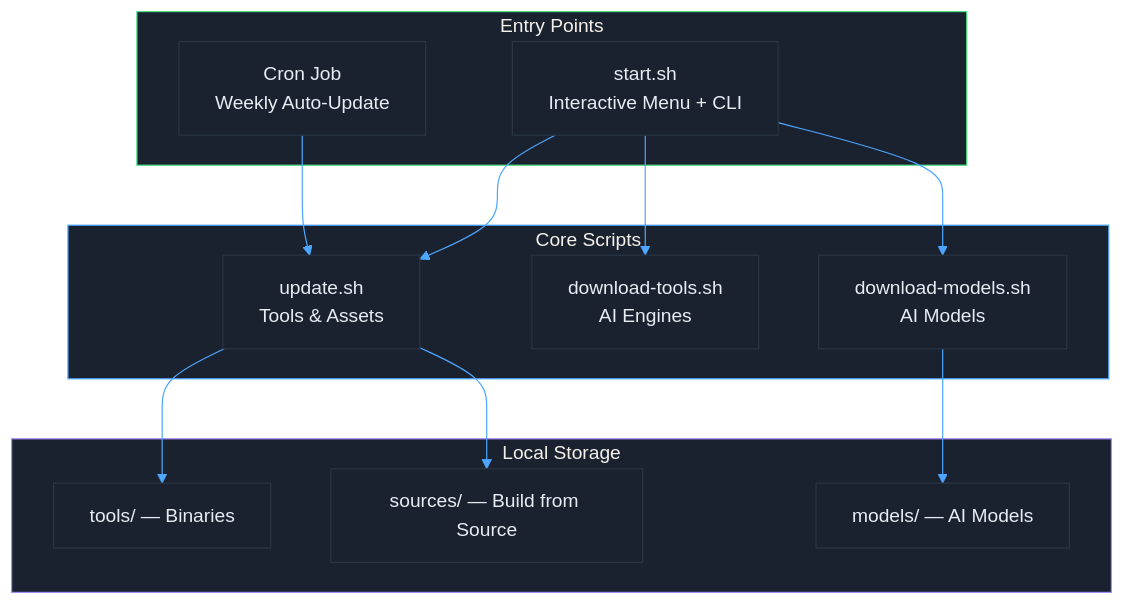
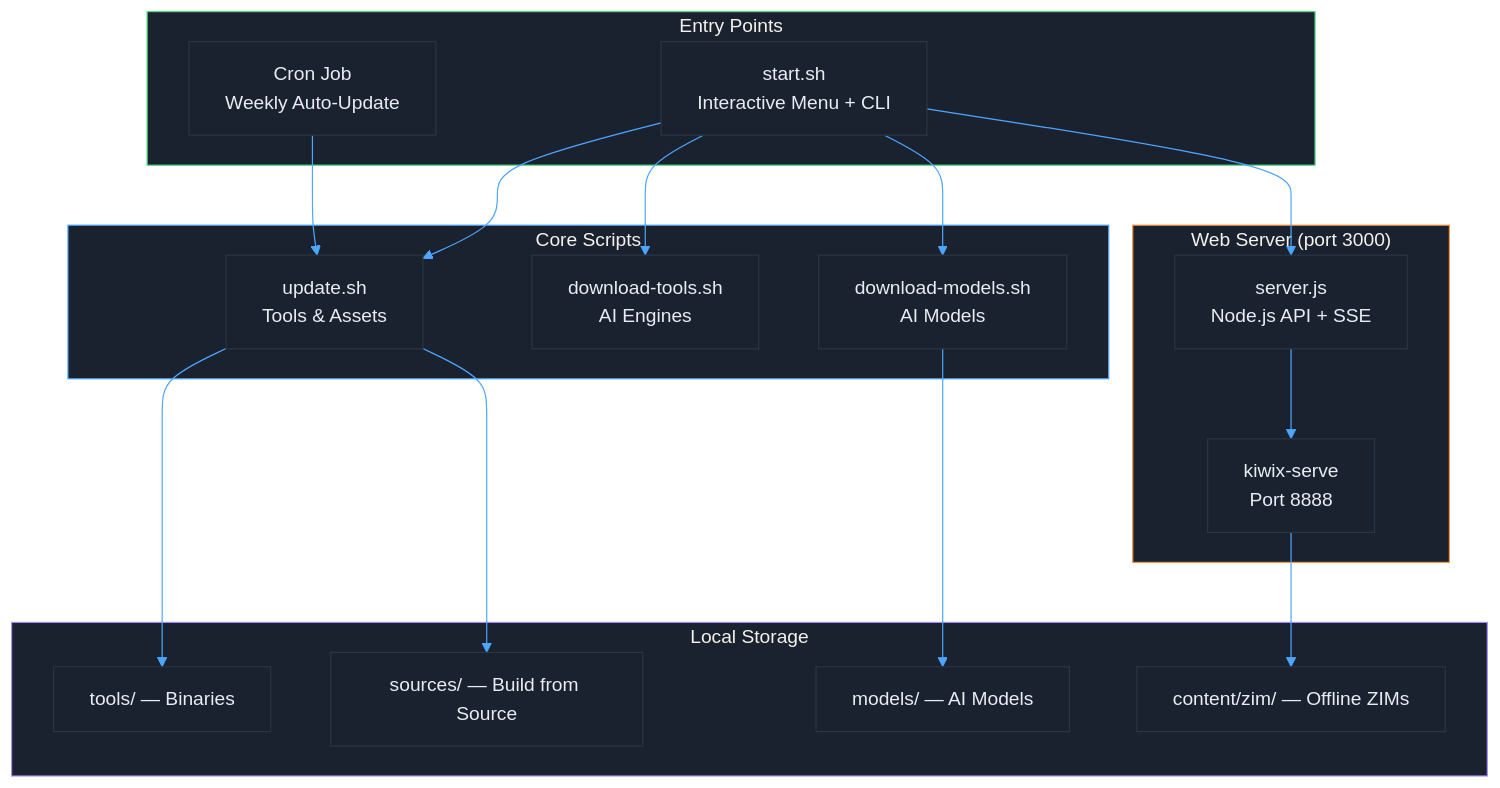
The first of 4 diagrams in README.md (mvalancy/val-ark), drawn with Mermaid before and after one commit. The commit also changed other lines of this file and 14 other files, not shown here.

````diff
--- a/README.md
+++ b/README.md
@@ -26,38 +26,48 @@
 ```mermaid
 %%{init: {'theme': 'base', 'themeVariables': {
   'primaryColor': '#1a2230',
   'primaryBorderColor': '#2a3545',
   'primaryTextColor': '#e8edf4',
   'lineColor': '#4da6ff',
   'secondaryColor': '#131921',
   'tertiaryColor': '#0a0e14'
 }}}%%
 graph TB
     subgraph Entry["Entry Points"]
         style Entry fill:#1a2230,stroke:#4ade80
         START["start.sh<br/>Interactive Menu + CLI"]
         CRON["Cron Job<br/>Weekly Auto-Update"]
     end
 
+    subgraph WebServer["Web Server (port 3000)"]
+        style WebServer fill:#1a2230,stroke:#fb923c
+        SERVER["server.js<br/>Node.js API + SSE"]
+        KIWIX["kiwix-serve<br/>Port 8888"]
+    end
+
     subgraph Scripts["Core Scripts"]
         style Scripts fill:#1a2230,stroke:#4da6ff
         UPDATE["update.sh<br/>Tools & Assets"]
         DOWNLOAD_T["download-tools.sh<br/>AI Engines"]
         DOWNLOAD_M["download-models.sh<br/>AI Models"]
     end
 
     subgraph Storage["Local Storage"]
         style Storage fill:#1a2230,stroke:#a78bfa
         TOOLS["tools/ — Binaries"]
         SOURCES["sources/ — Build from Source"]
         MODELS["models/ — AI Models"]
+        CONTENT["content/zim/ — Offline ZIMs"]
     end
 
     START --> UPDATE
     START --> DOWNLOAD_T
     START --> DOWNLOAD_M
+    START --> SERVER
+    SERVER --> KIWIX
     CRON --> UPDATE
     UPDATE --> TOOLS
     UPDATE --> SOURCES
     DOWNLOAD_M --> MODELS
+    KIWIX --> CONTENT
 ```
````
